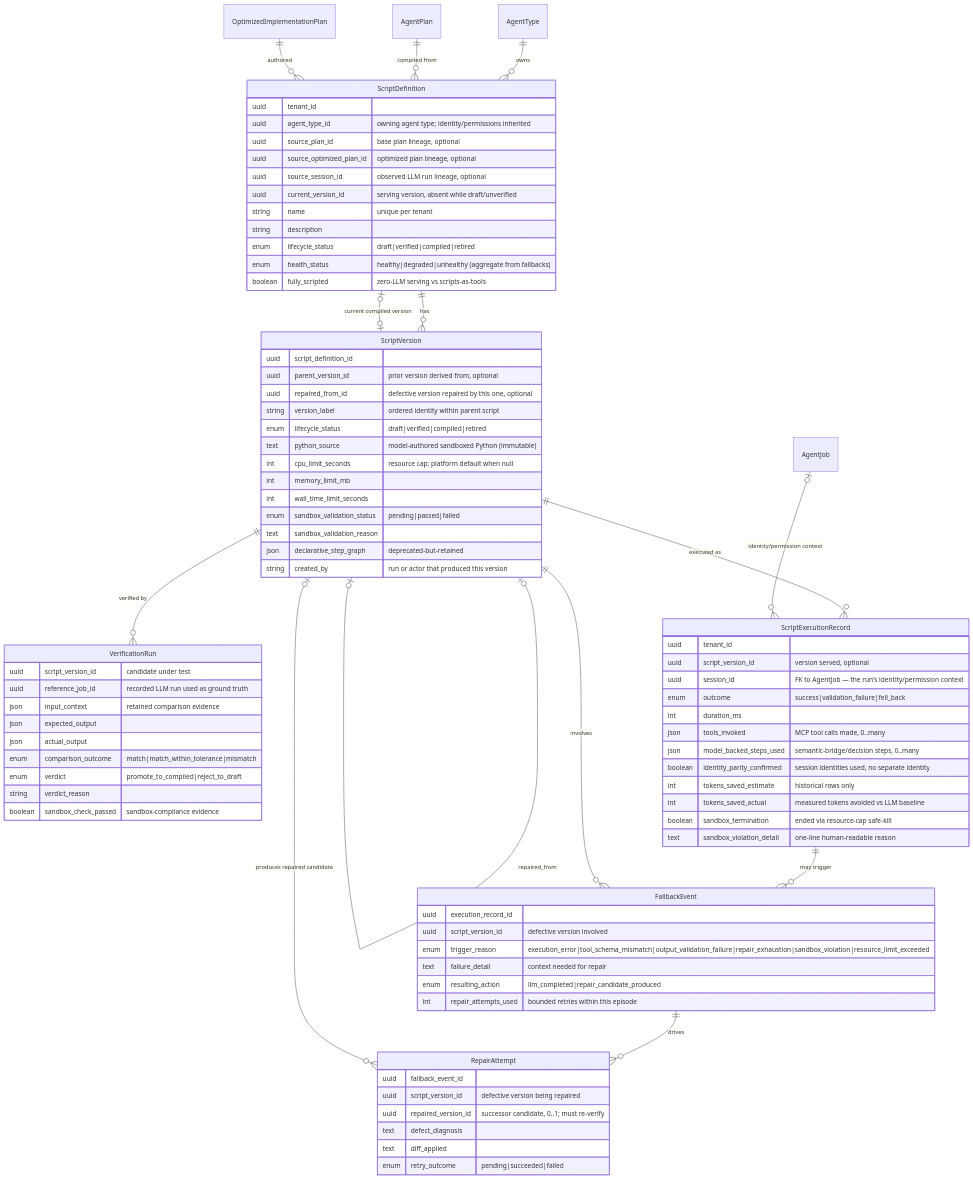
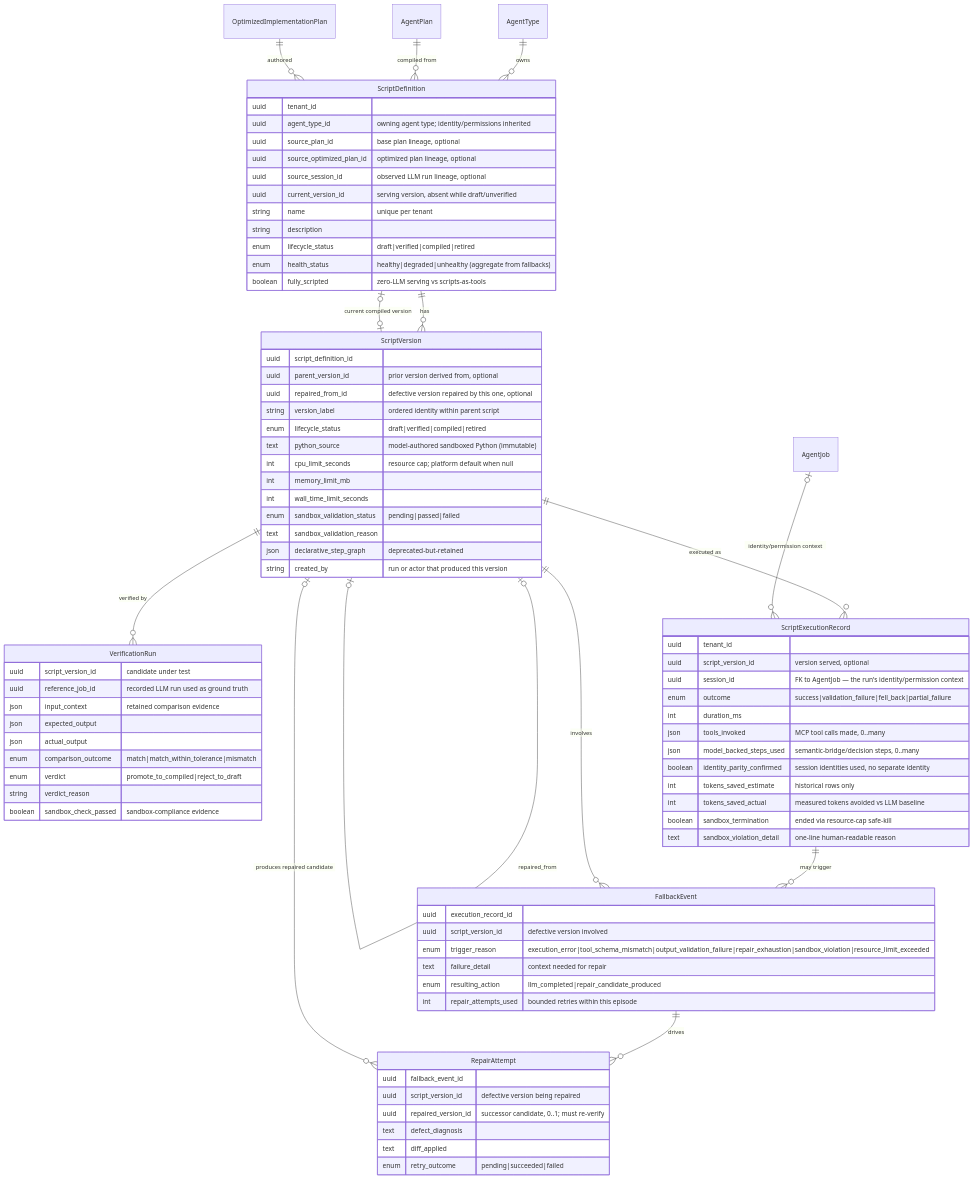
One commit to hurungang/parthenon changed the diagram in docs/master/data-model/modules/workflow-compilation/entities.md. Above: the diagram before and after it, drawn with Mermaid. The commit also changed other lines of this file and 269 other files, not shown here.

```diff
--- a/docs/master/data-model/modules/workflow-compilation/entities.md
+++ b/docs/master/data-model/modules/workflow-compilation/entities.md
@@ -68,7 +68,7 @@
         uuid tenant_id
         uuid script_version_id "version served, optional"
         uuid session_id "FK to AgentJob — the run's identity/permission context"
-        enum outcome "success|validation_failure|fell_back"
+        enum outcome "success|validation_failure|fell_back|partial_failure"
         int duration_ms
         json tools_invoked "MCP tool calls made, 0..many"
         json model_backed_steps_used "semantic-bridge/decision steps, 0..many"
```
